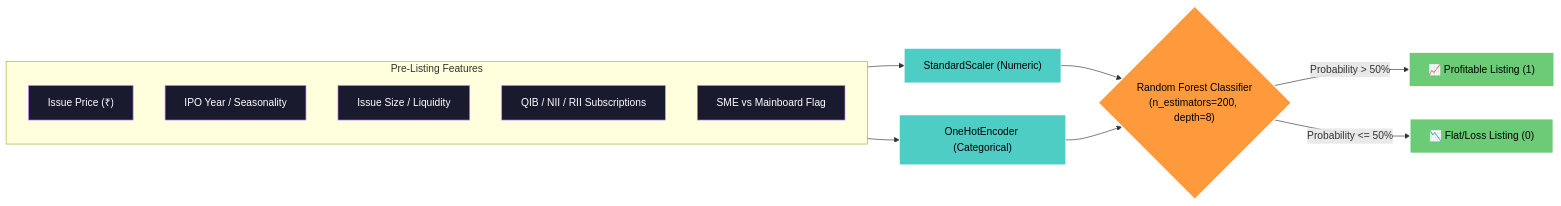
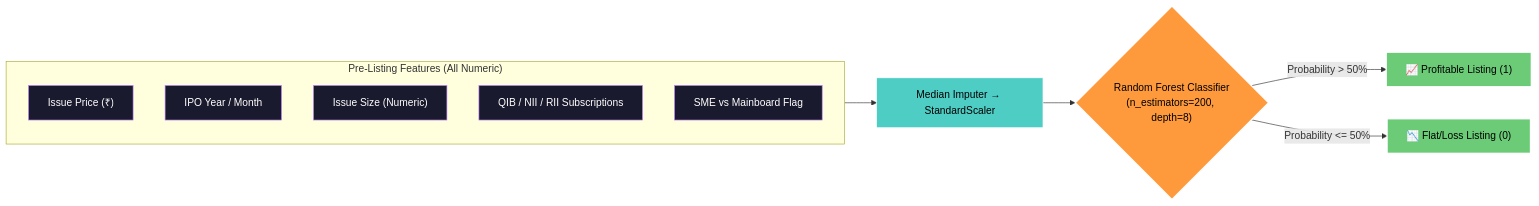
The second of 2 diagrams in project_workflow.md (divyeeee/IPO_analyzer), drawn with Mermaid before and after one commit. The commit also changed other lines of this file and 6 other files, not shown here.

````diff
--- a/project_workflow.md
+++ b/project_workflow.md
@@ -62,37 +63,34 @@
 ```mermaid
 flowchart LR
     %% Styles
     classDef input fill:#1a1a2e,stroke:#c084fc,color:#fff
     classDef prep fill:#4ecdc4,stroke:#fff,color:#000
     classDef model fill:#ff9a3c,stroke:#fff,stroke-width:2px,color:#000
     classDef pred fill:#6bcb77,stroke:#fff,stroke-width:2px,color:#000
     
     %% Inputs
-    subgraph Features ["Pre-Listing Features"]
+    subgraph Features ["Pre-Listing Features (All Numeric)"]
         I1["Issue Price (₹)"]:::input
-        I2["IPO Year / Seasonality"]:::input
-        I3["Issue Size / Liquidity"]:::input
+        I2["IPO Year / Month"]:::input
+        I3["Issue Size (Numeric)"]:::input
         I4["QIB / NII / RII Subscriptions"]:::input
         I5["SME vs Mainboard Flag"]:::input
     end
 
     %% Preprocessing
-    P1["StandardScaler (Numeric)"]:::prep
-    P2["OneHotEncoder (Categorical)"]:::prep
+    P1["Median Imputer → StandardScaler"]:::prep
     
     %% Model
     M1{"Random Forest Classifier\n(n_estimators=200, depth=8)"}:::model
     
     %% Output
     O1["📈 Profitable Listing (1)"]:::pred
     O2["📉 Flat/Loss Listing (0)"]:::pred
 
     %% Flow
     Features --> P1
-    Features --> P2
     P1 --> M1
-    P2 --> M1
     
     M1 -->|Probability > 50%| O1
     M1 -->|Probability <= 50%| O2
 ```
````
